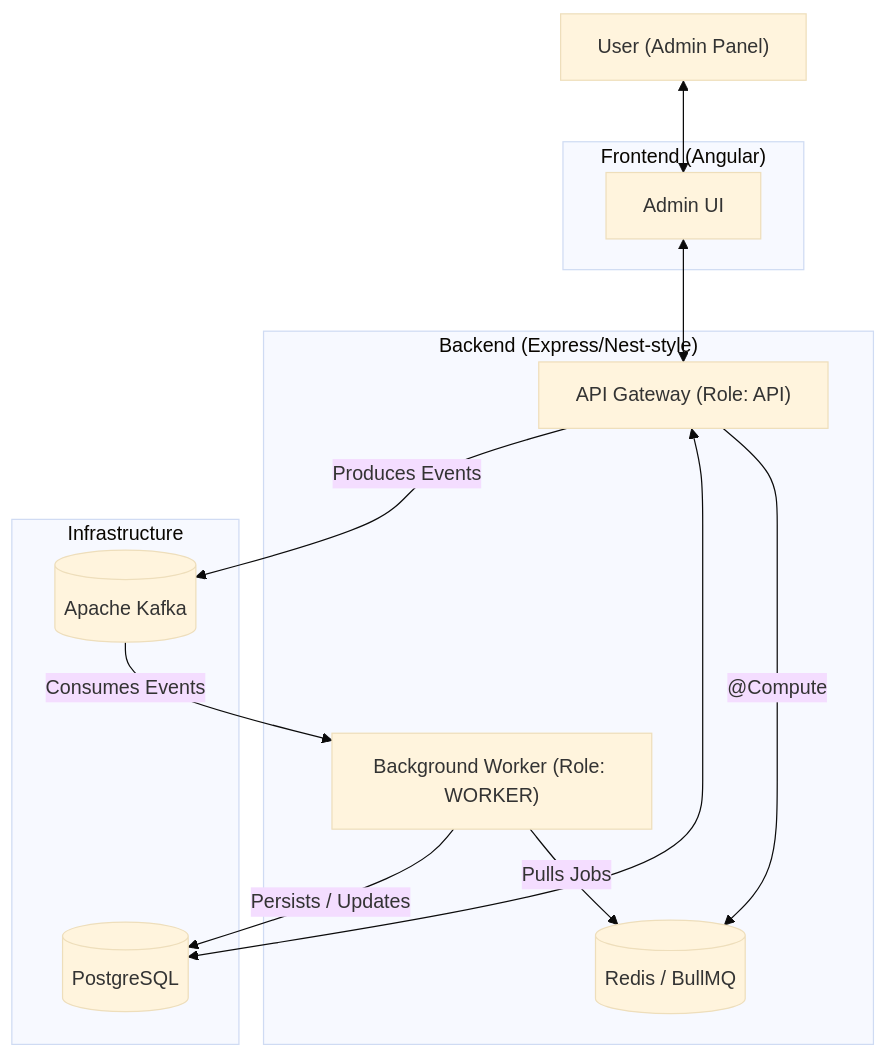
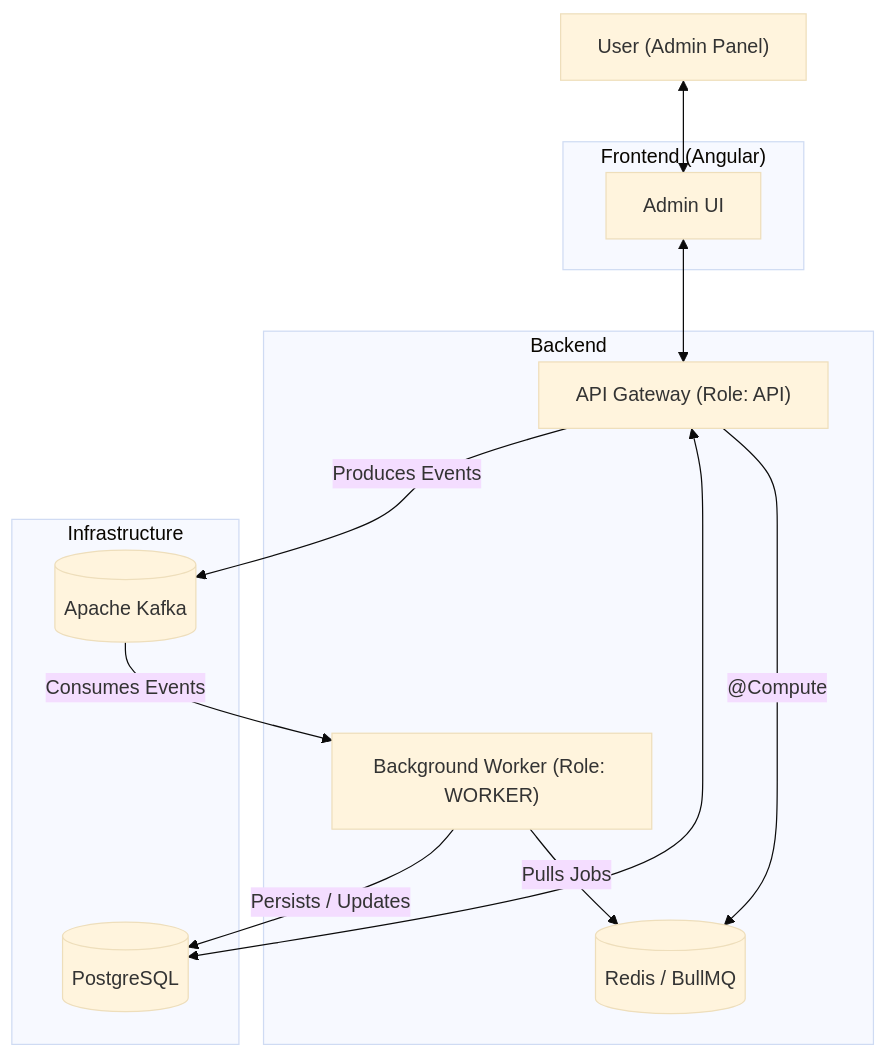
One commit to yavarguliyev/express-nest-blueprint changed the first of 2 diagrams in README.md. Above: the diagram before and after it, drawn with Mermaid (base theme).

Commit message:
docs: simplify Backend label in README

````diff
--- a/README.md
+++ b/README.md
@@ -73,30 +73,30 @@
 ```mermaid
 graph TD
     User["User (Admin Panel)"]
     
     subgraph Frontend["Frontend (Angular)"]
         UI["Admin UI"]
     end
 
-    subgraph Backend["Backend (Express/Nest-style)"]
+    subgraph Backend["Backend"]
         API["API Gateway (Role: API)"]
         Worker["Background Worker (Role: WORKER)"]
         
         API -- "@Compute" --> Redis
         Worker -- "Pulls Jobs" --> Redis
     end
 
     subgraph Infra["Infrastructure"]
         Postgres[("PostgreSQL")]
         Redis[("Redis / BullMQ")]
         Kafka[("Apache Kafka")]
     end
 
     User <--> UI
     UI <--> API
     API <--> Postgres
     
     API -- "Produces Events" --> Kafka
     Kafka -- "Consumes Events" --> Worker
     Worker -- "Persists / Updates" --> Postgres
 ```
````
